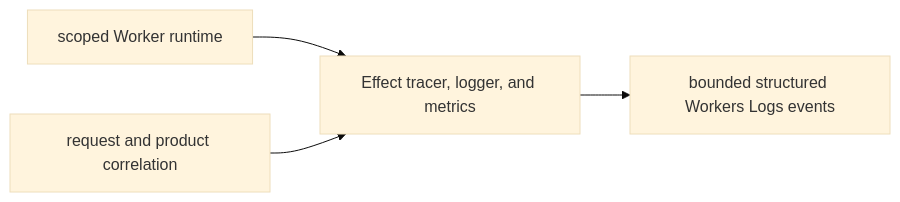
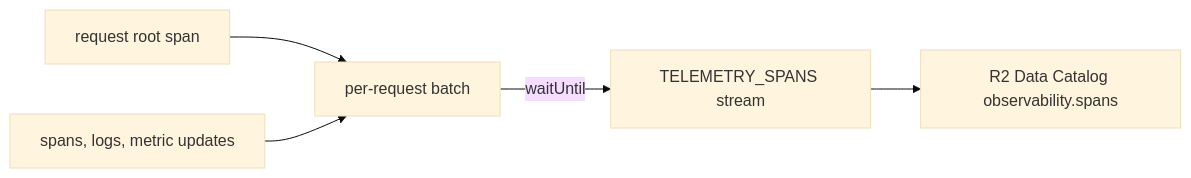
One commit to shpitdev/sketchi changed the diagram in packages/observability/README.md. Above: the diagram before and after it, drawn with Mermaid (base theme). The commit also changed other lines of this file and 37 other files, not shown here.

First line of the commit message:
feat(telemetry): record Code Mode usage on spans and give every span its request's IDs (#691)

````diff
--- a/packages/observability/README.md
+++ b/packages/observability/README.md
@@ -5,6 +6,7 @@
 ```mermaid
 flowchart LR
-  Runtime["scoped Worker runtime"] --> Exporter["Effect tracer, logger, and metrics"]
-  Exporter --> Logs["bounded structured Workers Logs events"]
-  Correlation["request and product correlation"] --> Exporter
+  Request["request root span"] --> Batch["per-request batch"]
+  Spans["spans, logs, metric updates"] --> Batch
+  Batch -->|waitUntil| Stream["TELEMETRY_SPANS stream"]
+  Stream --> Table["R2 Data Catalog observability.spans"]
 ```
````
